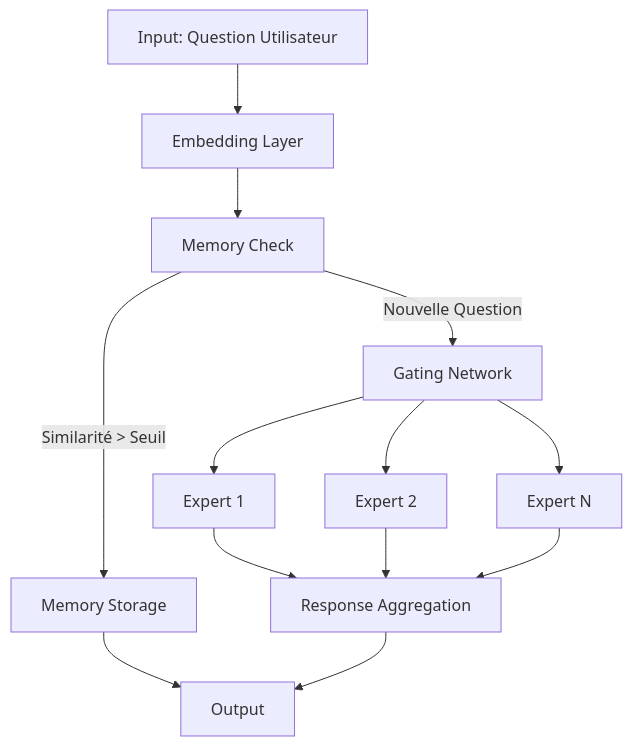
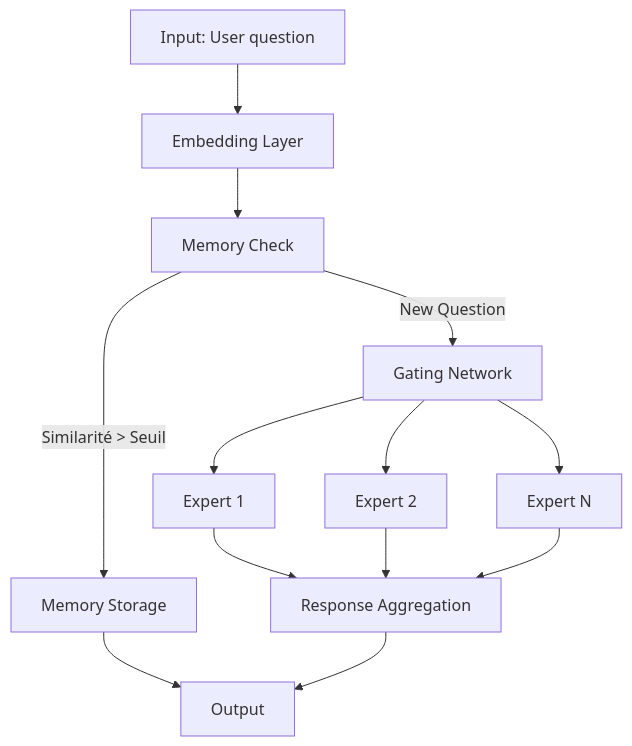
The diagram in README.md (Drichdev/moe-model), drawn with Mermaid before and after one commit.

````diff
--- a/README.md
+++ b/README.md
@@ -41,15 +41,15 @@
 ```mermaid
 flowchart TD
-    A[Input: Question Utilisateur] --> B[Embedding Layer]
+    A[Input: User question] --> B[Embedding Layer]
     B --> C[Memory Check]
     C -->|Similarité > Seuil| D[Memory Storage]
-    C -->|Nouvelle Question| E[Gating Network]
+    C -->|New Question| E[Gating Network]
     E --> F[Expert 1]
     E --> G[Expert 2]
     E --> H[Expert N]
     F --> I[Response Aggregation]
     G --> I
     H --> I
     D --> J[Output]
     I --> J
 ```
````
